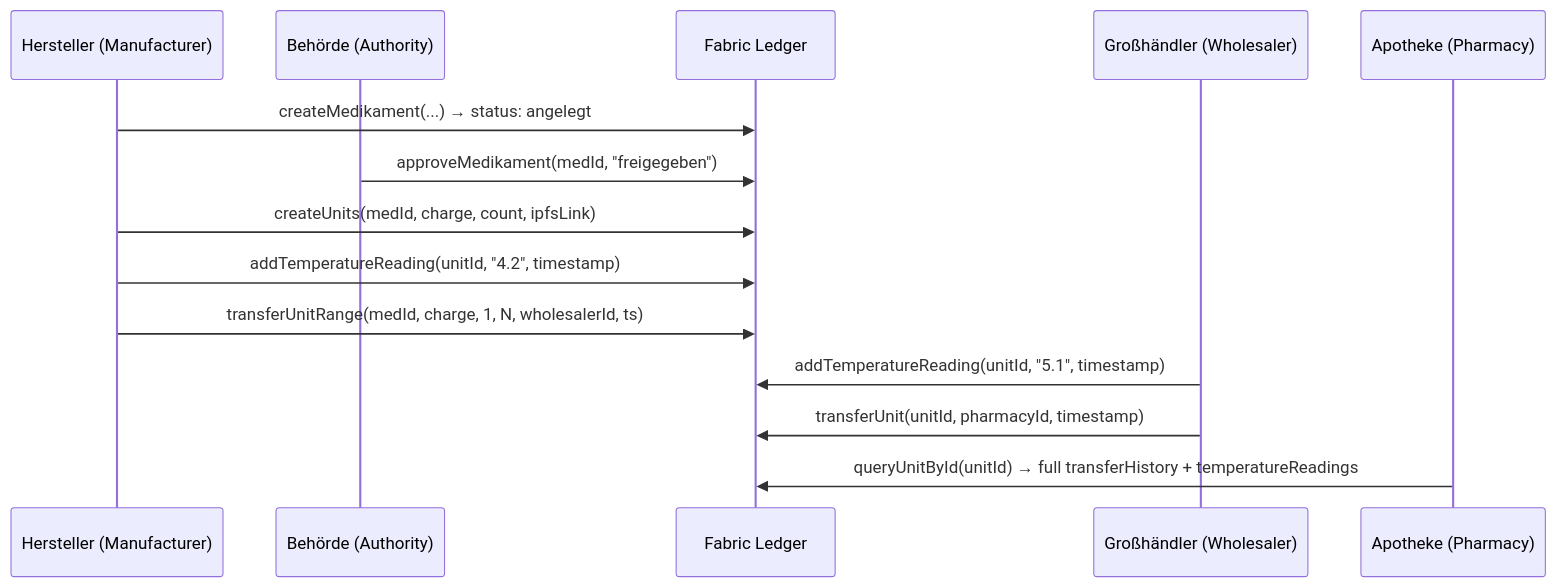
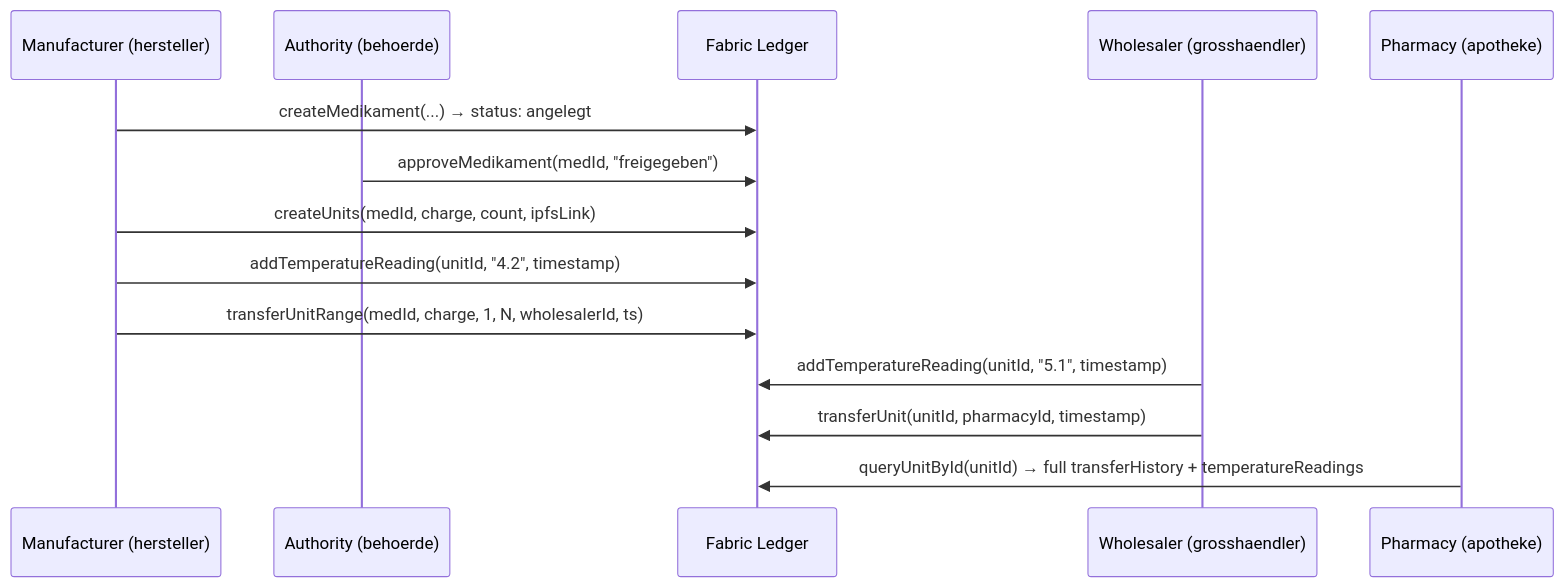
Before and after one commit to NiklasJavier/PharmaLink: the second of 2 diagrams in docs/domain-model.md, drawn with Mermaid. The commit also changed 15 other files, not shown here.

````diff
--- a/docs/domain-model.md
+++ b/docs/domain-model.md
@@ -75,17 +75,17 @@
 ```mermaid
 sequenceDiagram
-    participant M as Hersteller (Manufacturer)
-    participant A as Behörde (Authority)
+    participant M as Manufacturer (hersteller)
+    participant A as Authority (behoerde)
     participant L as Fabric Ledger
-    participant W as Großhändler (Wholesaler)
-    participant P as Apotheke (Pharmacy)
+    participant W as Wholesaler (grosshaendler)
+    participant P as Pharmacy (apotheke)
 
     M->>L: createMedikament(...) → status: angelegt
     A->>L: approveMedikament(medId, "freigegeben")
     M->>L: createUnits(medId, charge, count, ipfsLink)
     M->>L: addTemperatureReading(unitId, "4.2", timestamp)
     M->>L: transferUnitRange(medId, charge, 1, N, wholesalerId, ts)
     W->>L: addTemperatureReading(unitId, "5.1", timestamp)
     W->>L: transferUnit(unitId, pharmacyId, timestamp)
     P->>L: queryUnitById(unitId) → full transferHistory + temperatureReadings
 ```
````
